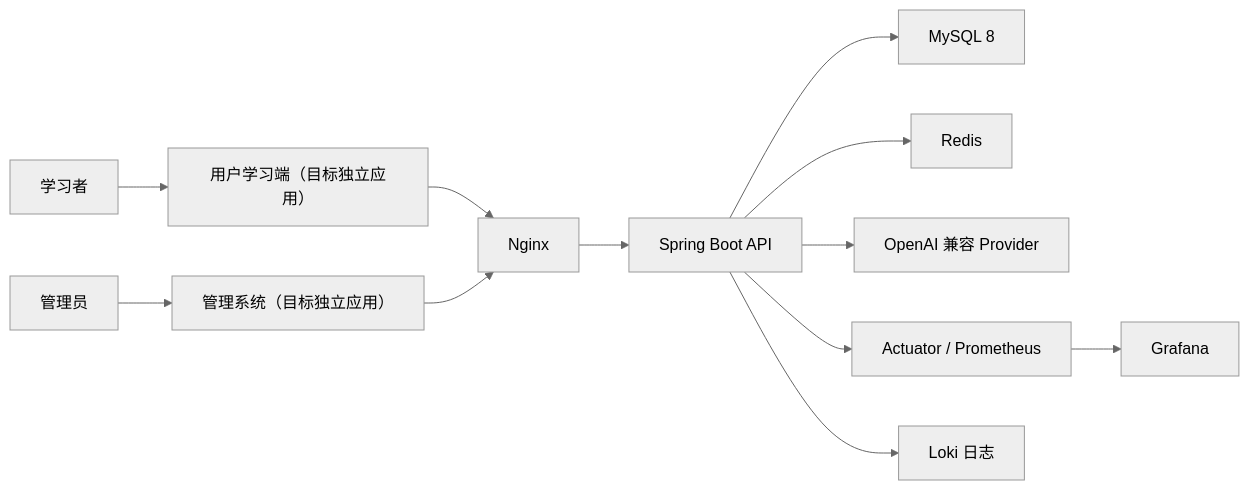
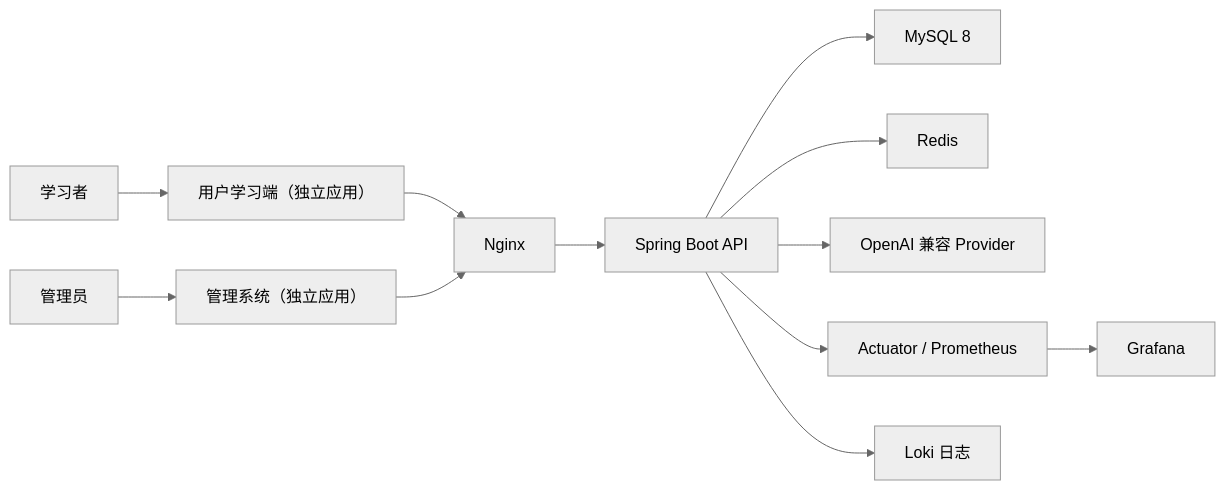
One commit to umico8832/LearnPlatform changed the diagram in docs/architecture/overview.md. Above: the diagram before and after it, drawn with Mermaid (neutral theme). The commit also changed other lines of this file and 26 other files, not shown here.

````diff
--- a/docs/architecture/overview.md
+++ b/docs/architecture/overview.md
@@ -10,14 +10,14 @@
 ```mermaid
 flowchart LR
-    User["学习者"] --> Learner["用户学习端（目标独立应用）"]
-    Admin["管理员"] --> AdminWeb["管理系统（目标独立应用）"]
+    User["学习者"] --> Learner["用户学习端（独立应用）"]
+    Admin["管理员"] --> AdminWeb["管理系统（独立应用）"]
     Learner --> Nginx["Nginx"]
     AdminWeb --> Nginx
     Nginx --> API["Spring Boot API"]
     API --> MySQL["MySQL 8"]
     API --> Redis["Redis"]
     API --> Provider["OpenAI 兼容 Provider"]
     API --> Metrics["Actuator / Prometheus"]
     Metrics --> Grafana["Grafana"]
     API --> Loki["Loki 日志"]
 ```
````
